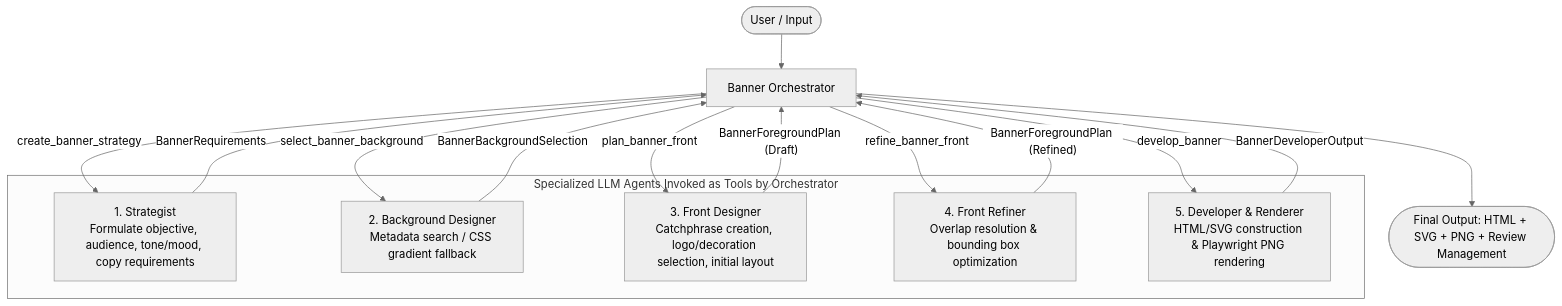
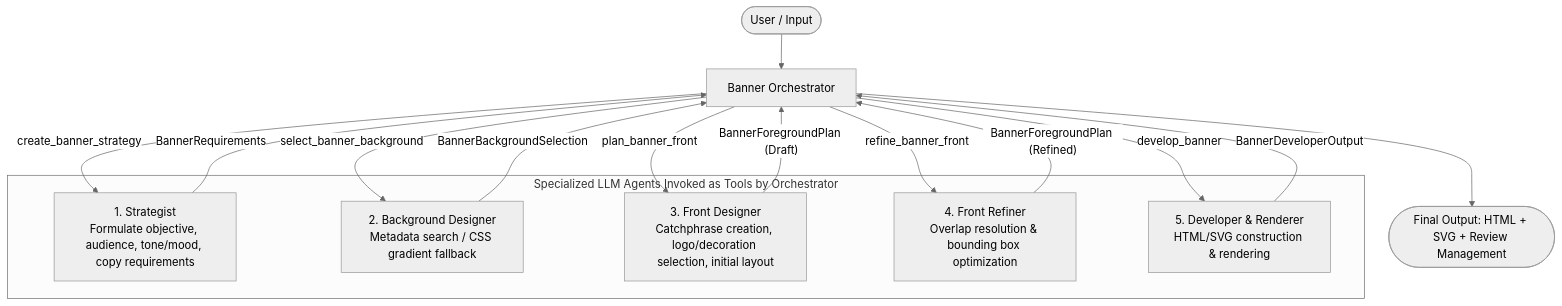
Before and after one commit to akira-c-k/Intentionally-Retrofitted-BannerAgency: the diagram in README.en.md, drawn with Mermaid (neutral theme). The commit also changed other lines of this file and 7 other files, not shown here.

````diff
--- a/README.en.md
+++ b/README.en.md
@@ -17,29 +17,29 @@
 ```mermaid
 flowchart TD
     User(["User / Input"]) --> Orchestrator["Banner Orchestrator"]
 
     subgraph LLM_Tools ["Specialized LLM Agents Invoked as Tools by Orchestrator"]
         Strategist["1. Strategist<br/>Formulate objective, audience, tone/mood, copy requirements"]
         BgDesigner["2. Background Designer<br/>Metadata search / CSS gradient fallback"]
         FrontDesigner["3. Front Designer<br/>Catchphrase creation, logo/decoration selection, initial layout"]
         FrontRefiner["4. Front Refiner<br/>Overlap resolution & bounding box optimization"]
-        Developer["5. Developer & Renderer<br/>HTML/SVG construction & Playwright PNG rendering"]
+        Developer["5. Developer & Renderer<br/>HTML/SVG construction & rendering"]
     end
 
     Orchestrator -->|create_banner_strategy| Strategist
     Strategist -->|BannerRequirements| Orchestrator
 
     Orchestrator -->|select_banner_background| BgDesigner
     BgDesigner -->|BannerBackgroundSelection| Orchestrator
 
     Orchestrator -->|plan_banner_front| FrontDesigner
     FrontDesigner -->|"BannerForegroundPlan (Draft)"| Orchestrator
 
     Orchestrator -->|refine_banner_front| FrontRefiner
     FrontRefiner -->|"BannerForegroundPlan (Refined)"| Orchestrator
 
     Orchestrator -->|develop_banner| Developer
     Developer -->|BannerDeveloperOutput| Orchestrator
 
-    Orchestrator --> FinalOutput(["Final Output: HTML + SVG + PNG + Review Management"])
+    Orchestrator --> FinalOutput(["Final Output: HTML + SVG + Review Management"])
 ```
````
